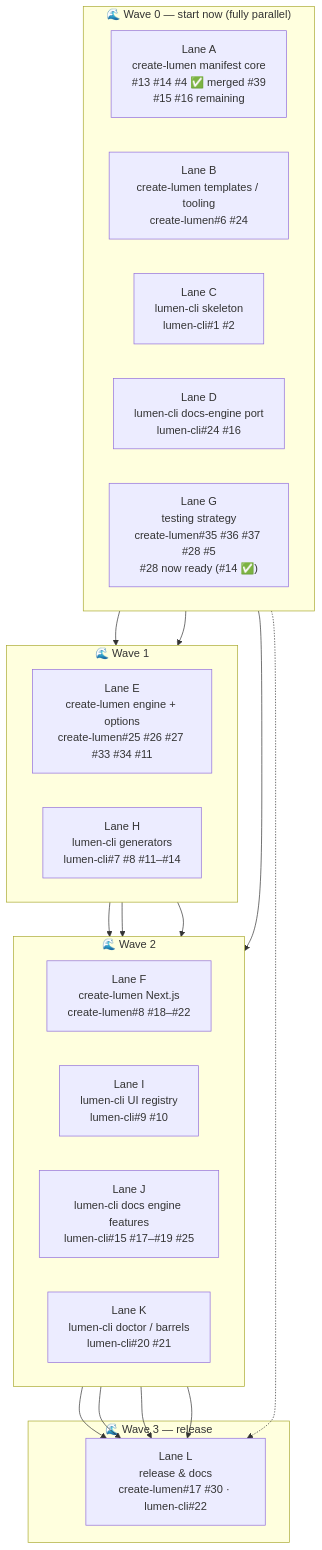
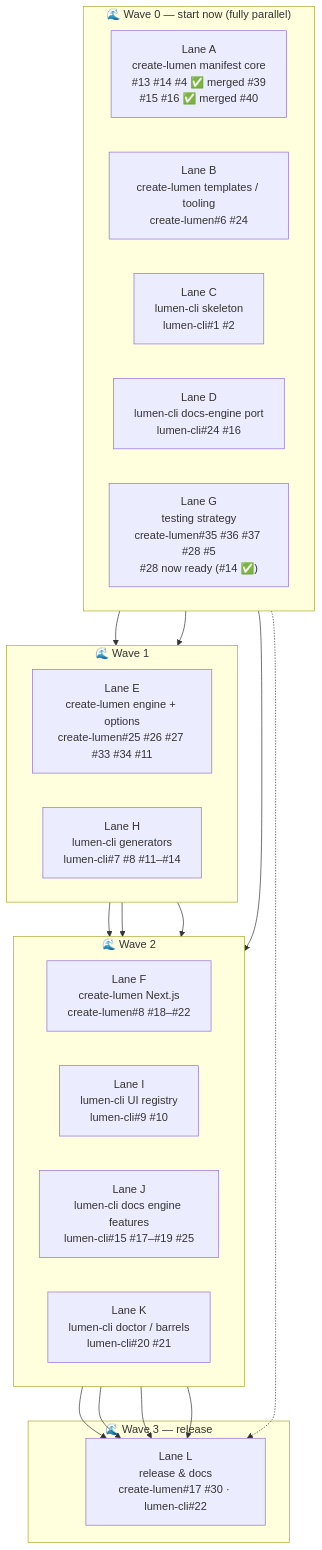
Before and after one commit to LUMEN-SH/create-lumen: the third of 5 diagrams in docs/PLAN.md, drawn with Mermaid. The commit also changed other lines of this file and 2 other files, not shown here.

First line of the commit message:
docs: update matrices for merged manifest core (#15 #16 via #40)

````diff
--- a/docs/PLAN.md
+++ b/docs/PLAN.md
@@ -122,40 +122,40 @@
 ```mermaid
 flowchart TB
     subgraph W0["🌊 Wave 0 — start now (fully parallel)"]
         direction LR
-        LaneA["Lane A<br/>create-lumen manifest core<br/>#13 #14 #4 ✅ merged #39<br/>#15 #16 remaining"]
+        LaneA["Lane A<br/>create-lumen manifest core<br/>#13 #14 #4 ✅ merged #39<br/>#15 #16 ✅ merged #40"]
         LaneB["Lane B<br/>create-lumen templates / tooling<br/>create-lumen#6 #24"]
         LaneC["Lane C<br/>lumen-cli skeleton<br/>lumen-cli#1 #2"]
         LaneD["Lane D<br/>lumen-cli docs-engine port<br/>lumen-cli#24 #16"]
         LaneG["Lane G<br/>testing strategy<br/>create-lumen#35 #36 #37 #28 #5<br/>#28 now ready (#14 ✅)"]
     end
 
     subgraph W1["🌊 Wave 1"]
         direction LR
         LaneE["Lane E<br/>create-lumen engine + options<br/>create-lumen#25 #26 #27 #33 #34 #11"]
         LaneH["Lane H<br/>lumen-cli generators<br/>lumen-cli#7 #8 #11–#14"]
     end
 
     subgraph W2["🌊 Wave 2"]
         direction LR
         LaneF["Lane F<br/>create-lumen Next.js<br/>create-lumen#8 #18–#22"]
         LaneI["Lane I<br/>lumen-cli UI registry<br/>lumen-cli#9 #10"]
         LaneJ["Lane J<br/>lumen-cli docs engine features<br/>lumen-cli#15 #17–#19 #25"]
         LaneK["Lane K<br/>lumen-cli doctor / barrels<br/>lumen-cli#20 #21"]
     end
 
     subgraph W3["🌊 Wave 3 — release"]
         LaneL["Lane L<br/>release &amp; docs<br/>create-lumen#17 #30 · lumen-cli#22"]
     end
 
     LaneA --> LaneE --> LaneF
     LaneC --> LaneH
     LaneH --> LaneI
     LaneH --> LaneK
     LaneD --> LaneJ
     LaneG -.-> LaneL
     LaneF --> LaneL
     LaneI --> LaneL
     LaneJ --> LaneL
     LaneK --> LaneL
 ```
````
